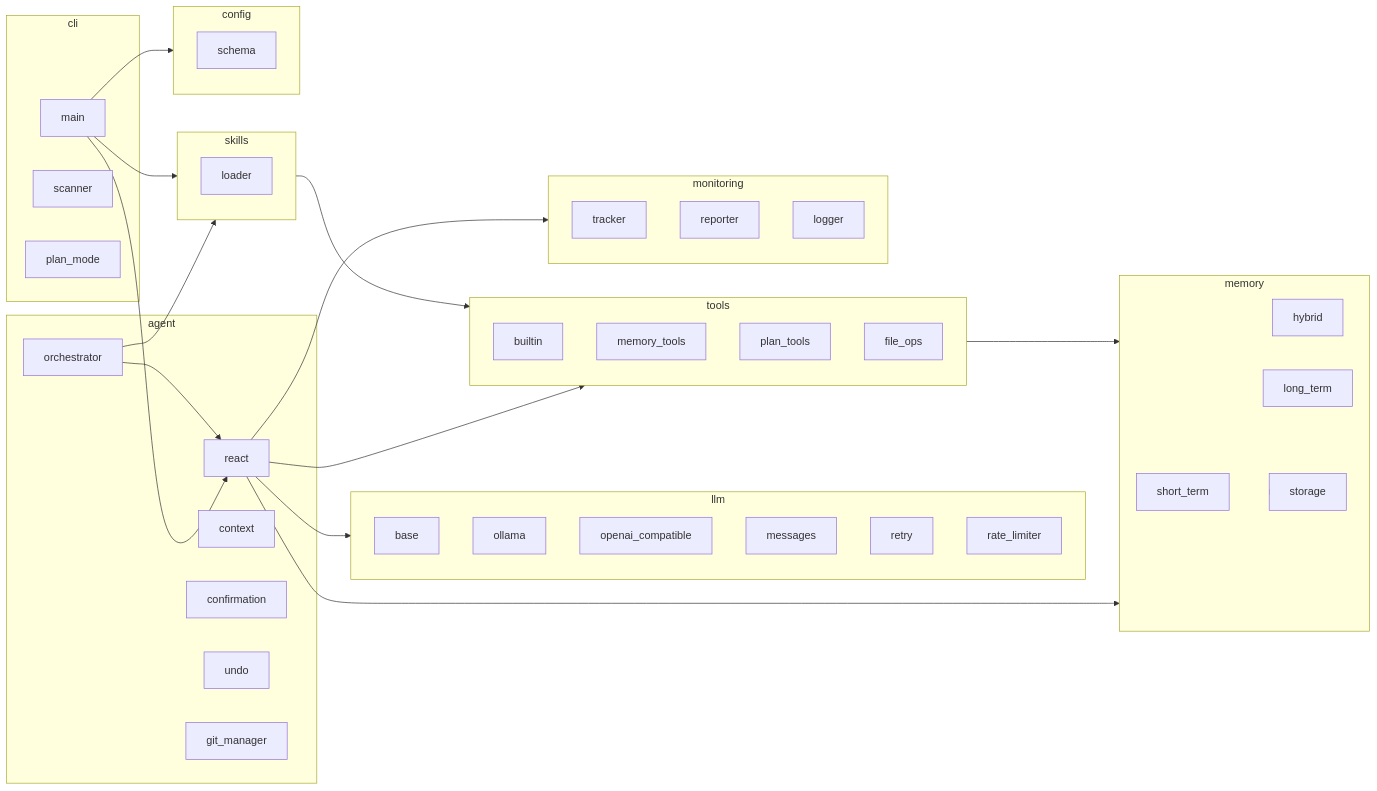
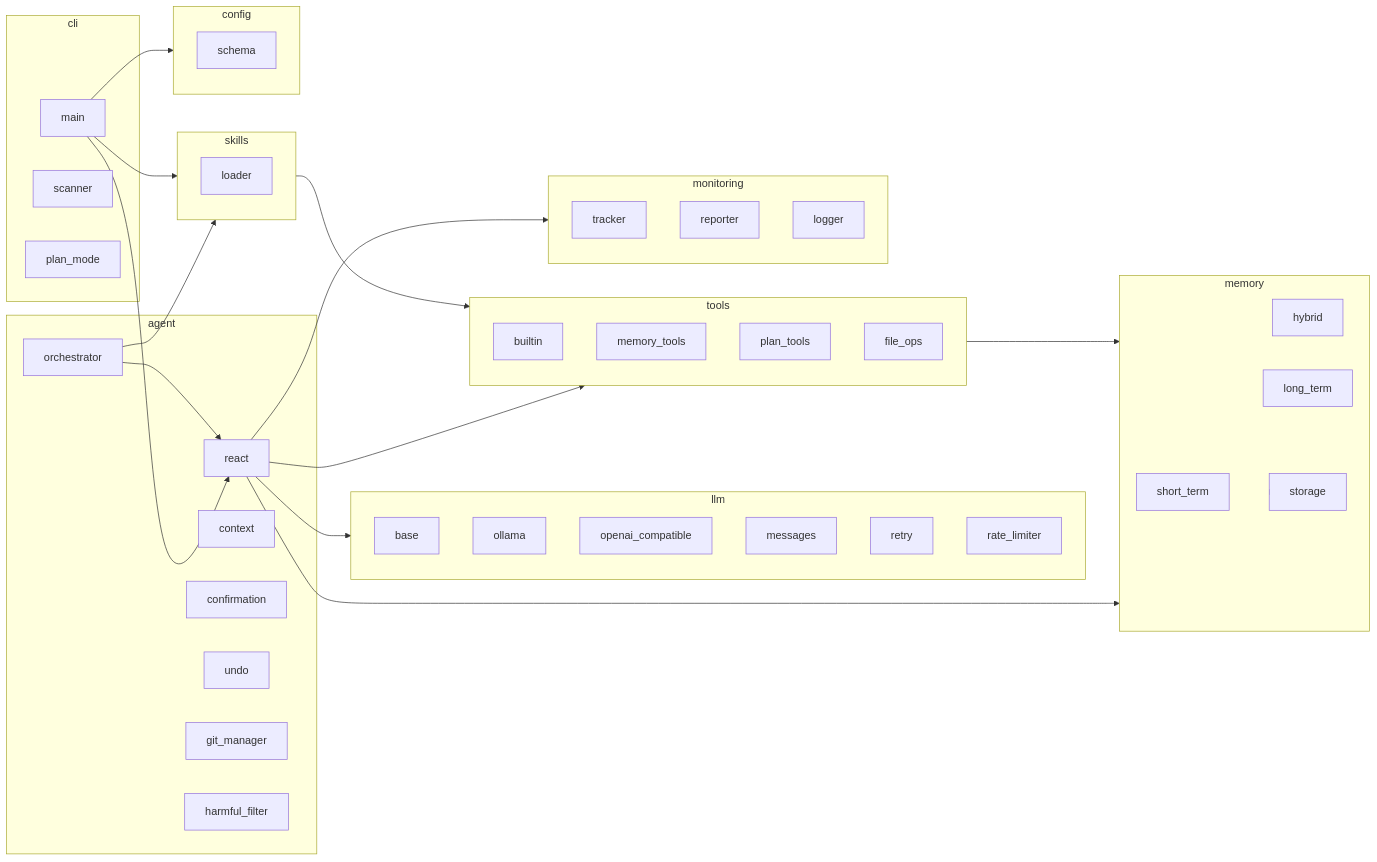
The fourth of 4 diagrams in docs/architecture.md (Tobytywang/NanoAgent), drawn with Mermaid before and after one commit. The commit also changed other lines of this file and 17 other files, not shown here.

````diff
--- a/docs/architecture.md
+++ b/docs/architecture.md
@@ -295,75 +299,76 @@
 ```mermaid
 graph LR
     subgraph cli[cli]
         main
         scanner
         plan_mode
     end
 
     subgraph agent[agent]
         react
         orchestrator
         context
         confirmation
         undo
         git_manager
+        harmful_filter
     end
 
     subgraph llm[llm]
         base
         ollama
         openai_compatible
         messages
         retry
         rate_limiter
     end
 
     subgraph memory[memory]
         short_term
         hybrid
         long_term
         storage
     end
 
     subgraph tools[tools]
         base
         builtin
         memory_tools
         plan_tools
         file_ops
     end
 
     subgraph skills[skills]
         base
         loader
     end
 
     subgraph config[config]
         schema
         loader
     end
 
     subgraph monitoring[monitoring]
         tracker
         reporter
         logger
     end
 
     main --> react
     main --> config
     main --> skills
 
     react --> llm
     react --> memory
     react --> tools
     react --> monitoring
 
     orchestrator --> react
     orchestrator --> skills
 
     memory --> storage
 
     tools --> memory
 
     skills --> tools
 ```
````
